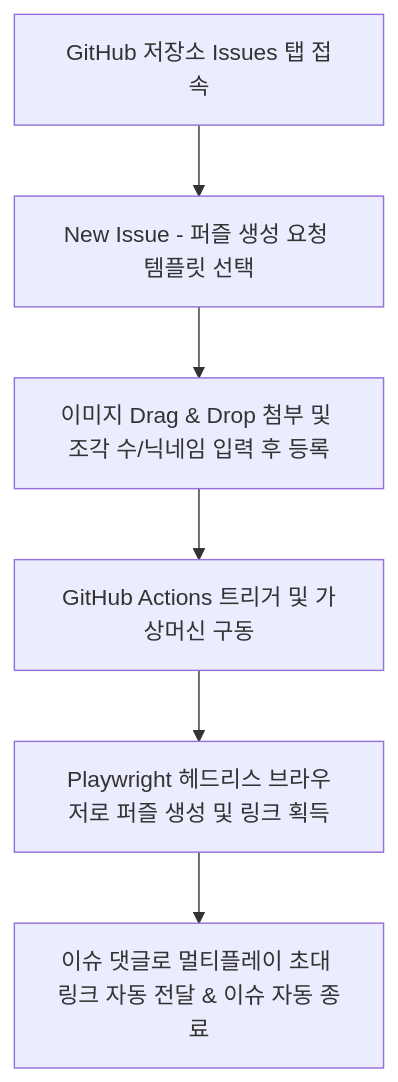
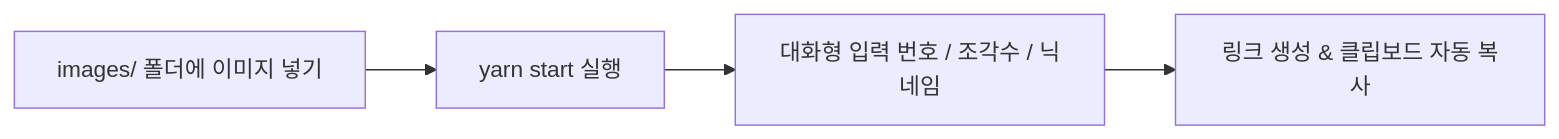
The second of 2 diagrams in README.md (SuperLeeK/AutoJigsawPuzzle), drawn with Mermaid before and after one commit. The commit also changed other lines of this file and 2 other files, not shown here.

Commit message:
feat: keep issue open, update title wording, and allow custom issue titles

````diff
--- a/README.md
+++ b/README.md
@@ -45,8 +41,6 @@
 ```mermaid
-flowchart TD
-    A[GitHub 저장소 Issues 탭 접속] --> B[New Issue - 퍼즐 생성 요청 템플릿 선택]
-    B --> C[이미지 Drag & Drop 첨부 및 조각 수/닉네임 입력 후 등록]
-    C --> D[GitHub Actions 트리거 및 가상머신 구동]
-    D --> E[Playwright 헤드리스 브라우저로 퍼즐 생성 및 링크 획득]
-    E --> F[이슈 댓글로 멀티플레이 초대 링크 자동 전달 & 이슈 자동 종료]
+flowchart LR
+    A[images/ 폴더에 이미지 넣기] --> B[yarn start 실행]
+    B --> C[대화형 입력 번호 / 조각수 / 닉네임]
+    C --> D[링크 생성 & 클립보드 자동 복사]
 ```
````
